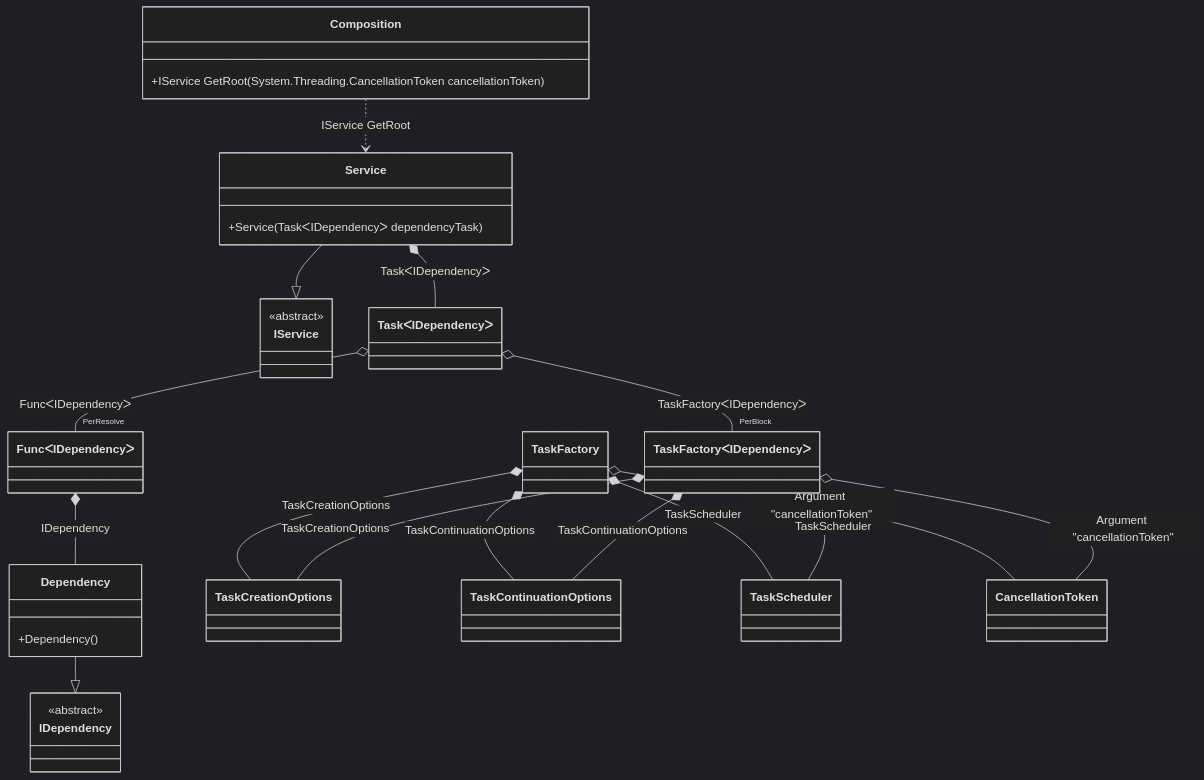
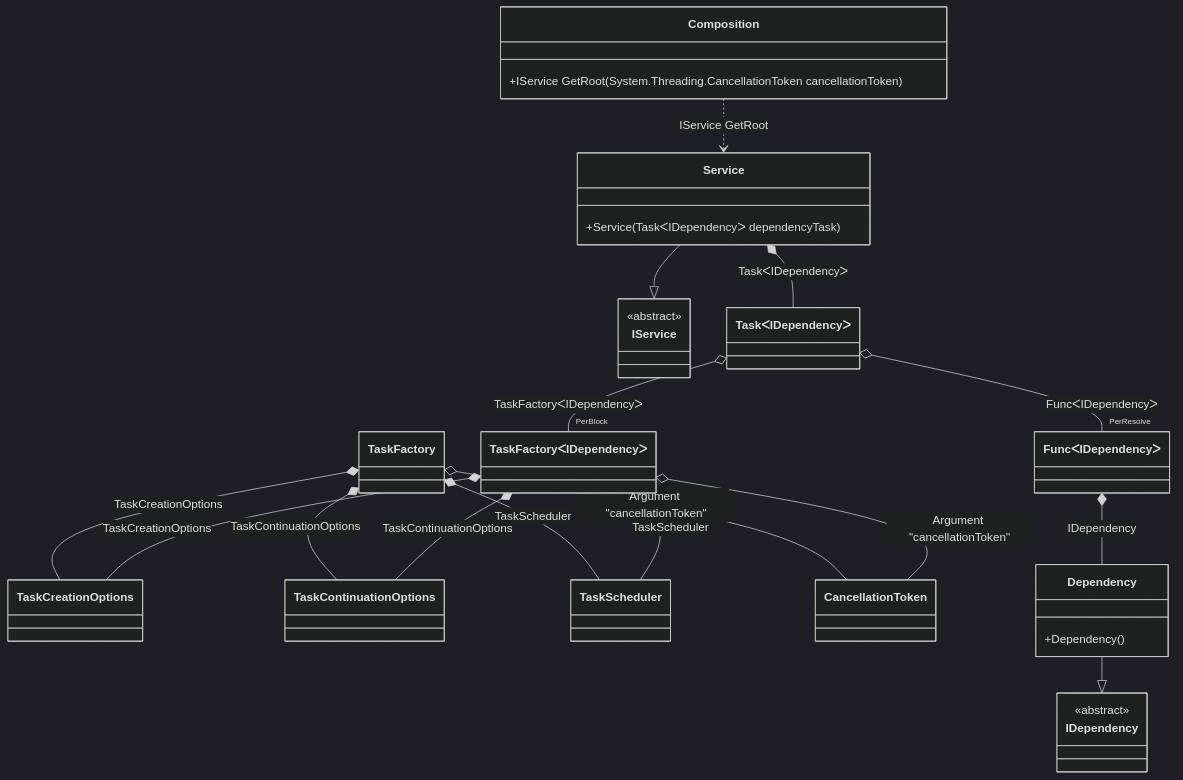
The diagram in readme/task.md (DevTeam/Pure.DI), drawn with Mermaid (dark theme) before and after one commit. The commit also changed other lines of this file and 58 other files, not shown here.

Commit message:
Fixes an issue where overloaded bindings can be applied in the wrong sequence

````diff
--- a/readme/task.md
+++ b/readme/task.md
@@ -60,41 +60,41 @@
 ```mermaid
 classDiagram
   class Composition {
     +IService GetRoot(System.Threading.CancellationToken cancellationToken)
-  }
-  Service --|> IService : 
-  class Service {
-    +Service(TaskᐸIDependencyᐳ dependencyTask)
-  }
-  Dependency --|> IDependency : 
-  class Dependency {
-    +Dependency()
   }
   class TaskCreationOptions
   class TaskContinuationOptions
   class TaskFactory
   class TaskScheduler
   class CancellationToken
+  Dependency --|> IDependency : 
+  class Dependency {
+    +Dependency()
+  }
+  Service --|> IService : 
+  class Service {
+    +Service(TaskᐸIDependencyᐳ dependencyTask)
+  }
   class TaskᐸIDependencyᐳ
   class FuncᐸIDependencyᐳ
   class TaskFactoryᐸIDependencyᐳ
+  class IDependency {
+    <<abstract>>
+  }
   class IService {
     <<abstract>>
   }
-  class IDependency {
-    <<abstract>>
-  }
-  Service *--  TaskᐸIDependencyᐳ : TaskᐸIDependencyᐳ
   TaskFactory o-- CancellationToken : Argument "cancellationToken"
   TaskFactory *--  TaskCreationOptions : TaskCreationOptions
   TaskFactory *--  TaskContinuationOptions : TaskContinuationOptions
   TaskFactory *--  TaskScheduler : TaskScheduler
+  Service *--  TaskᐸIDependencyᐳ : TaskᐸIDependencyᐳ
   Composition ..> Service : IService GetRoot
   TaskᐸIDependencyᐳ o--  "PerResolve" FuncᐸIDependencyᐳ : FuncᐸIDependencyᐳ
   TaskᐸIDependencyᐳ o--  "PerBlock" TaskFactoryᐸIDependencyᐳ : TaskFactoryᐸIDependencyᐳ
   FuncᐸIDependencyᐳ *--  Dependency : IDependency
   TaskFactoryᐸIDependencyᐳ o-- CancellationToken : Argument "cancellationToken"
   TaskFactoryᐸIDependencyᐳ *--  TaskCreationOptions : TaskCreationOptions
   TaskFactoryᐸIDependencyᐳ *--  TaskContinuationOptions : TaskContinuationOptions
   TaskFactoryᐸIDependencyᐳ *--  TaskScheduler : TaskScheduler
 ```
````
